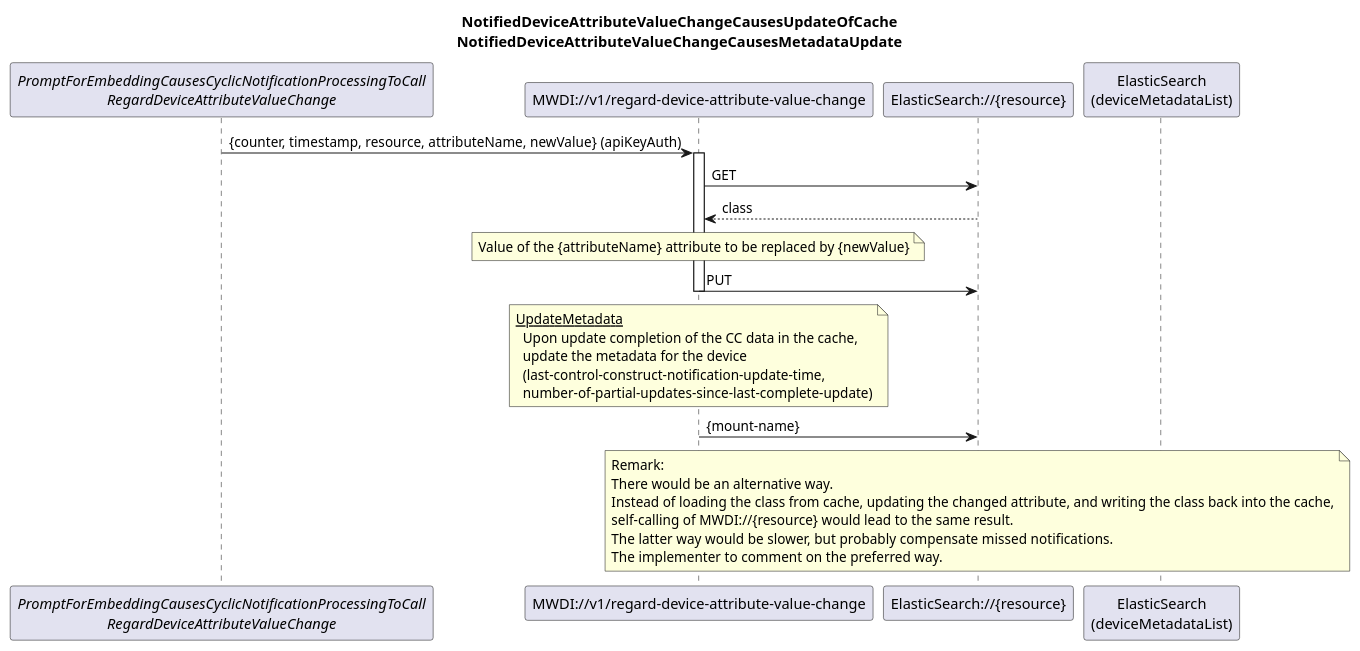
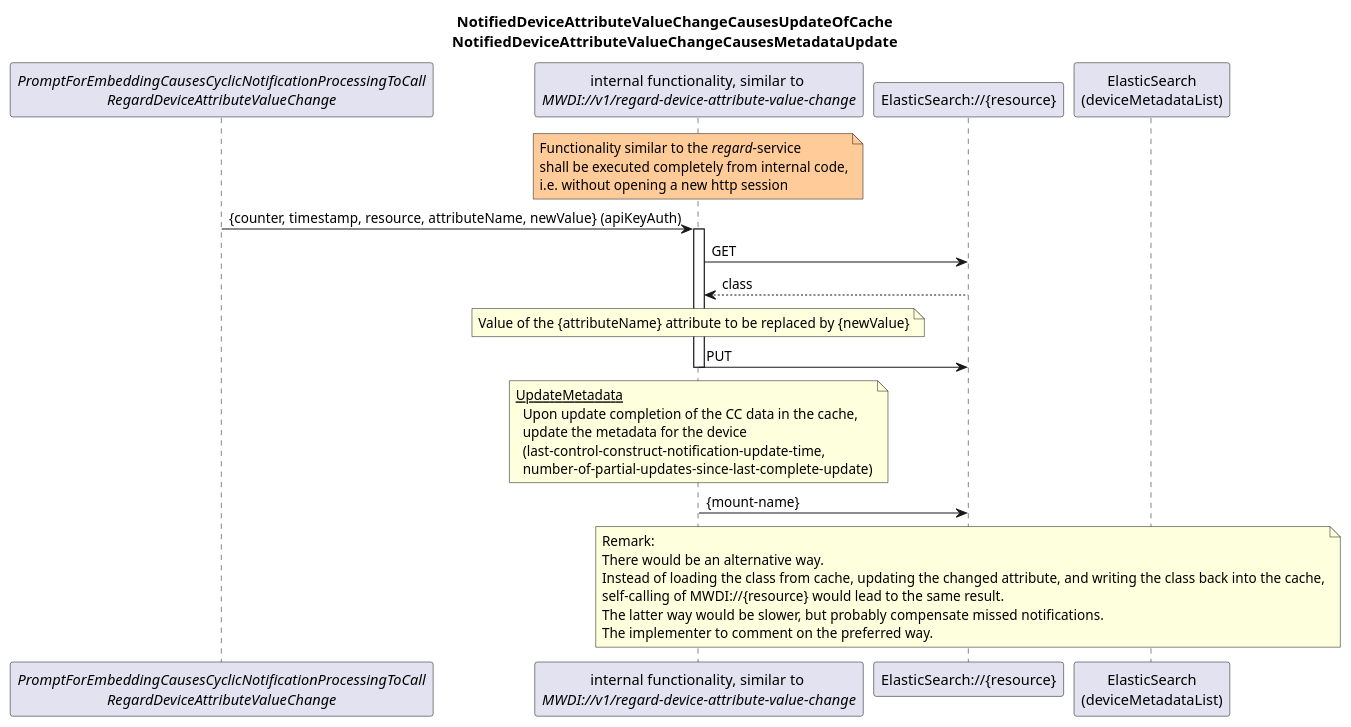
One commit to openBackhaul/MicroWaveDeviceInventory changed the diagram in spec/diagrams/023_NotificationBasedAttributeUpdate.plantuml. Above: the diagram before and after it, drawn with PlantUML. The commit also changed 13 other files, not shown here.

Commit message:
fix diagrams

```diff
--- a/spec/diagrams/023_NotificationBasedAttributeUpdate.plantuml
+++ b/spec/diagrams/023_NotificationBasedAttributeUpdate.plantuml
@@ -1,46 +1,52 @@
 @startuml 023_NotificationBasedAttributeUpdate
 skinparam responseMessageBelowArrow true
 
 title 
   NotifiedDeviceAttributeValueChangeCausesUpdateOfCache
   NotifiedDeviceAttributeValueChangeCausesMetadataUpdate
 end title
 
 participant "<i>PromptForEmbeddingCausesCyclicNotificationProcessingToCall</i>\n<i>RegardDeviceAttributeValueChange</i>" as init
-participant "MWDI://v1/regard-device-attribute-value-change" as regardAttributeChange
+participant "internal functionality, similar to \n<i>MWDI://v1/regard-device-attribute-value-change</i>" as regardAttributeChange
 participant "ElasticSearch://{resource}" as es
 participant "ElasticSearch\n(deviceMetadataList)" as mtab
+
+note over regardAttributeChange #ffcc99
+  Functionality similar to the <i>regard</i>-service
+  shall be executed completely from internal code,
+  i.e. without opening a new http session
+end note
 
 init -> regardAttributeChange: {counter, timestamp, resource, attributeName, newValue} (apiKeyAuth)
 activate regardAttributeChange
 
 regardAttributeChange -> es: GET
 es --> regardAttributeChange: class
 
 note over regardAttributeChange
 Value of the {attributeName} attribute to be replaced by {newValue}
 end note
 
 regardAttributeChange -> es: PUT
 deactivate regardAttributeChange
 
 note over regardAttributeChange
   <u>UpdateMetadata</u>
     Upon update completion of the CC data in the cache,
     update the metadata for the device
     (last-control-construct-notification-update-time,
     number-of-partial-updates-since-last-complete-update)
 end note
 regardAttributeChange -> es: {mount-name}
 
 
 note over es
 Remark: 
 There would be an alternative way.
 Instead of loading the class from cache, updating the changed attribute, and writing the class back into the cache,
 self-calling of MWDI://{resource} would lead to the same result.
 The latter way would be slower, but probably compensate missed notifications.
 The implementer to comment on the preferred way.
 end note
 
 @enduml
```
